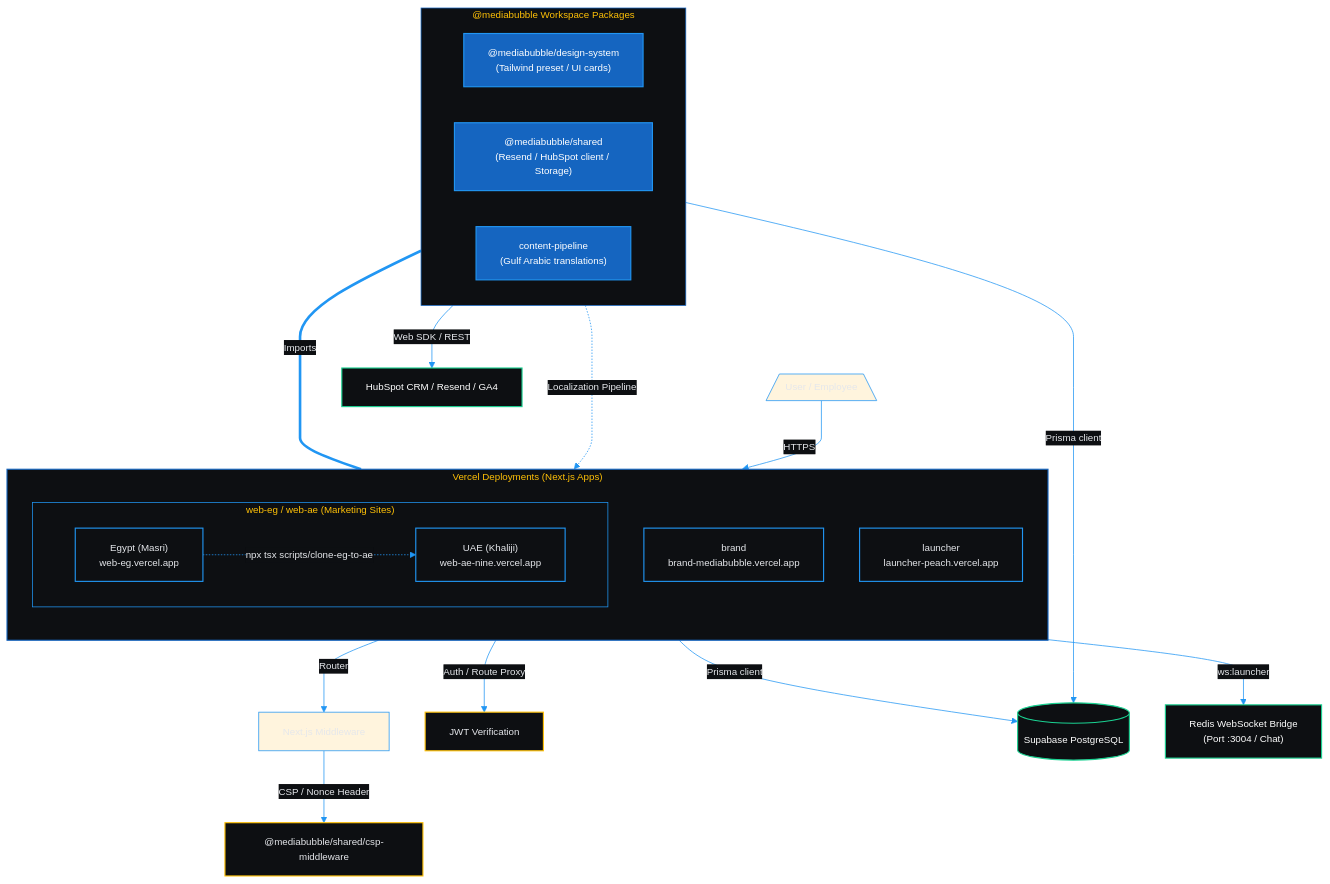
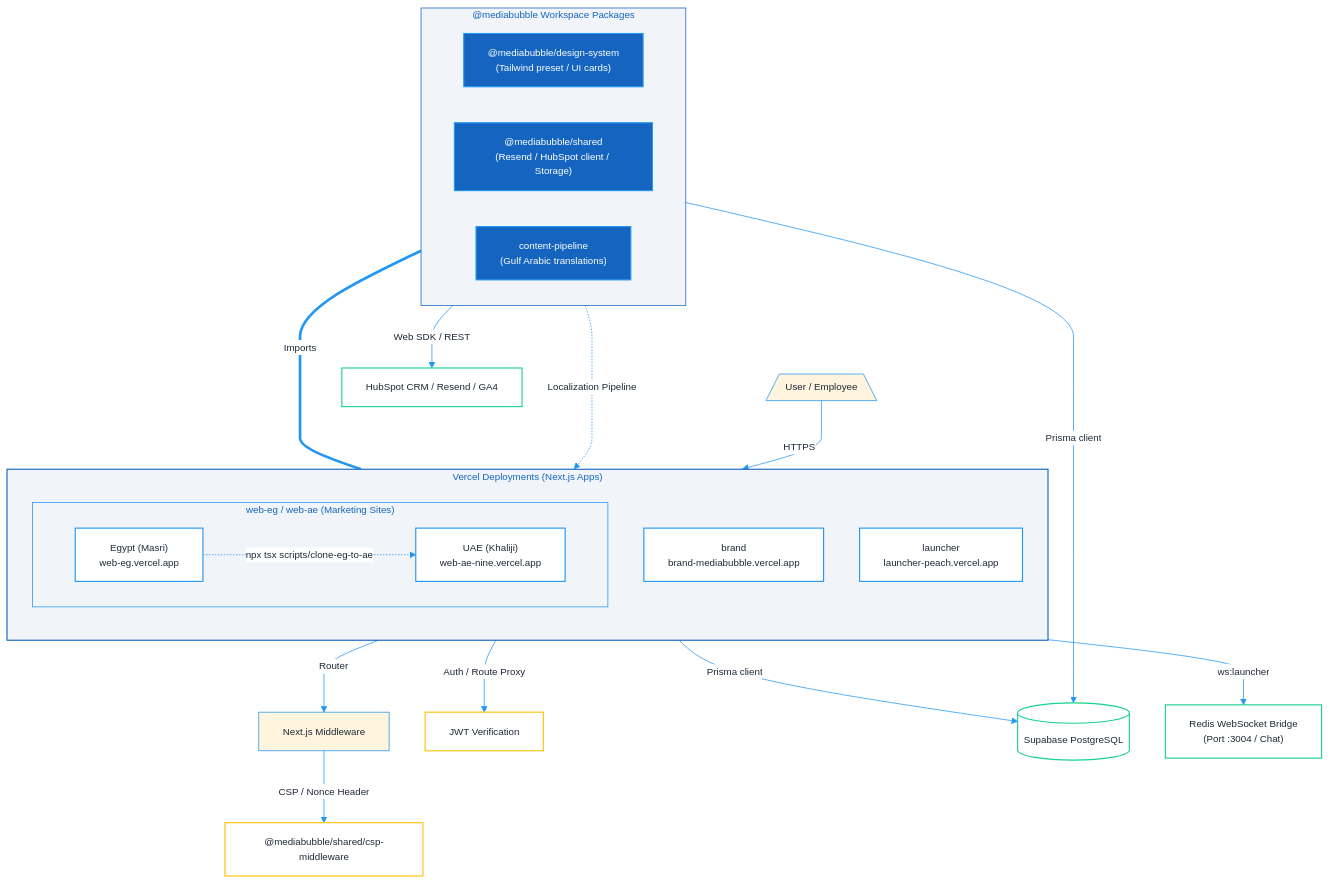
One commit to mediabubble-adv/mediaBubble changed the diagram in README.md. Above: the diagram before and after it, drawn with Mermaid. The commit also changed other lines of this file, not shown here.

Commit message:
docs: refine system architecture Mermaid for Light Mode, add focused local setup guide with PostgreSQL & Redis details

````diff
--- a/README.md
+++ b/README.md
@@ -85,56 +149,56 @@
 ```mermaid
-%%{init: {"theme":"base","themeVariables":{"fontFamily":"Poppins, Inter, system-ui, sans-serif","fontSize":"13px","lineColor":"#2196F3","primaryTextColor":"#e5e7eb","primaryBorderColor":"#2196F3","clusterBkg":"#0D0F12","clusterBorder":"#1565C0","titleColor":"#FFC107","edgeLabelBackground":"#0D0F12"},"flowchart":{"curve":"monotoneY","nodeSpacing":48,"rankSpacing":64,"padding":16}}}%%
+%%{init: {"theme":"base","themeVariables":{"fontFamily":"Poppins, Inter, system-ui, sans-serif","fontSize":"13px","lineColor":"#2196F3","primaryTextColor":"#1F2937","primaryBorderColor":"#2196F3","clusterBkg":"#F8FAFC","clusterBorder":"#E2E8F0","titleColor":"#1565C0","edgeLabelBackground":"#FFFFFF"},"flowchart":{"curve":"monotoneY","nodeSpacing":48,"rankSpacing":64,"padding":16}}}%%
 flowchart TB
   %% Users & Edge
   Client[/"User / Employee"\] -->|HTTPS| Vercel["Vercel Edge Network"]
   
   subgraph Vercel ["Vercel Deployments (Next.js Apps)"]
     direction TB
     
     subgraph webApp ["web-eg / web-ae (Marketing Sites)"]
       direction LR
       EG["Egypt (Masri)<br/>web-eg.vercel.app"]
       AE["UAE (Khaliji)<br/>web-ae-nine.vercel.app"]
       EG -.->|"npx tsx scripts/clone-eg-to-ae"| AE
     end
     
     Brand["brand<br/>brand-mediabubble.vercel.app"]
     Launcher["launcher<br/>launcher-peach.vercel.app"]
   end
   
   %% Middleware & Logic Gate
   Vercel -->|Router| MW["Next.js Middleware"]
   MW -->|CSP / Nonce Header| CSP["@mediabubble/shared/csp-middleware"]
   Launcher -->|Auth / Route Proxy| JWT["JWT Verification"]
   
   %% Packages Layer
   Vercel ====|Imports| Packages
   
   subgraph Packages ["@mediabubble Workspace Packages"]
     direction LR
     DS["@mediabubble/design-system<br/>(Tailwind preset / UI cards)"]
     SH["@mediabubble/shared<br/>(Resend / HubSpot client / Storage)"]
     CP["content-pipeline<br/>(Gulf Arabic translations)"]
   end
   
   CP -.->|Localization Pipeline| AE
   
   %% Infrastructure & Integrations
   Launcher & SH -->|Prisma client| DB[("Supabase PostgreSQL")]
   Launcher -->|ws:launcher| WS["Redis WebSocket Bridge<br/>(Port :3004 / Chat)"]
   SH -->|Web SDK / REST| Ext["HubSpot CRM / Resend / GA4"]
 
-  classDef app fill:#0D0F12,stroke:#2196F3,color:#e5e7eb,stroke-width:1.5px
+  classDef app fill:#FFFFFF,stroke:#2196F3,color:#1F2937,stroke-width:1.5px
   classDef pkg fill:#1565C0,stroke:#2196F3,color:#FFFFFF,stroke-width:1.5px
-  classDef pipe fill:#0D0F12,stroke:#FFC107,color:#e5e7eb,stroke-width:1.5px
-  classDef infra fill:#0D0F12,stroke:#1AD191,color:#FFFFFF,stroke-width:1.5px
+  classDef pipe fill:#FFFFFF,stroke:#FFC107,color:#1F2937,stroke-width:1.5px
+  classDef infra fill:#FFFFFF,stroke:#1AD191,color:#1F2937,stroke-width:1.5px
 
   class EG,AE,Brand,Launcher app
   class DS,SH,CP pkg
   class JWT,CSP pipe
   class DB,WS,Ext,Vercel infra
 
-  style Vercel fill:#0D0F12,stroke:#1565C0,color:#FFC107
-  style webApp fill:#0D0F12,stroke:#2196F3,color:#FFC107
-  style Packages fill:#0D0F12,stroke:#1565C0,color:#FFC107
+  style Vercel fill:#F1F5F9,stroke:#1565C0,color:#1565C0
+  style webApp fill:#F1F5F9,stroke:#2196F3,color:#1565C0
+  style Packages fill:#F1F5F9,stroke:#1565C0,color:#1565C0
 ```
````
